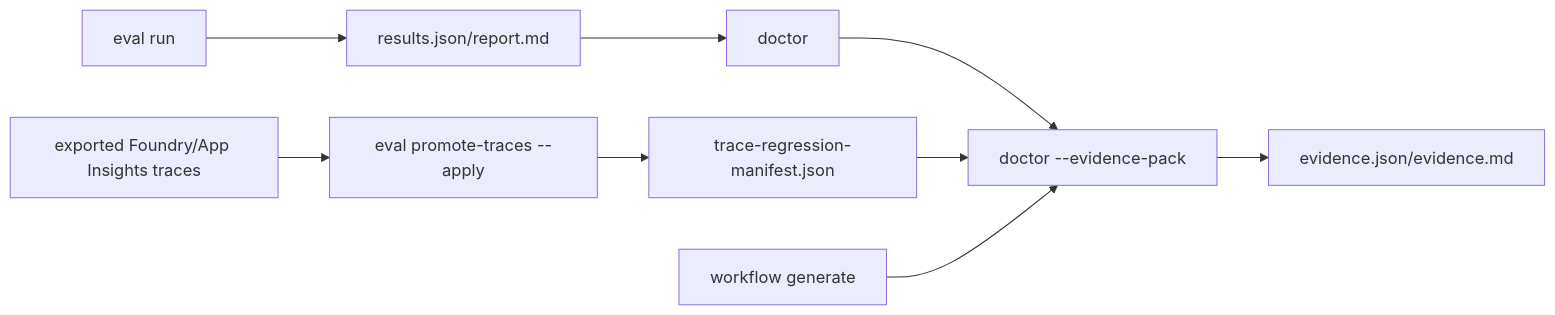
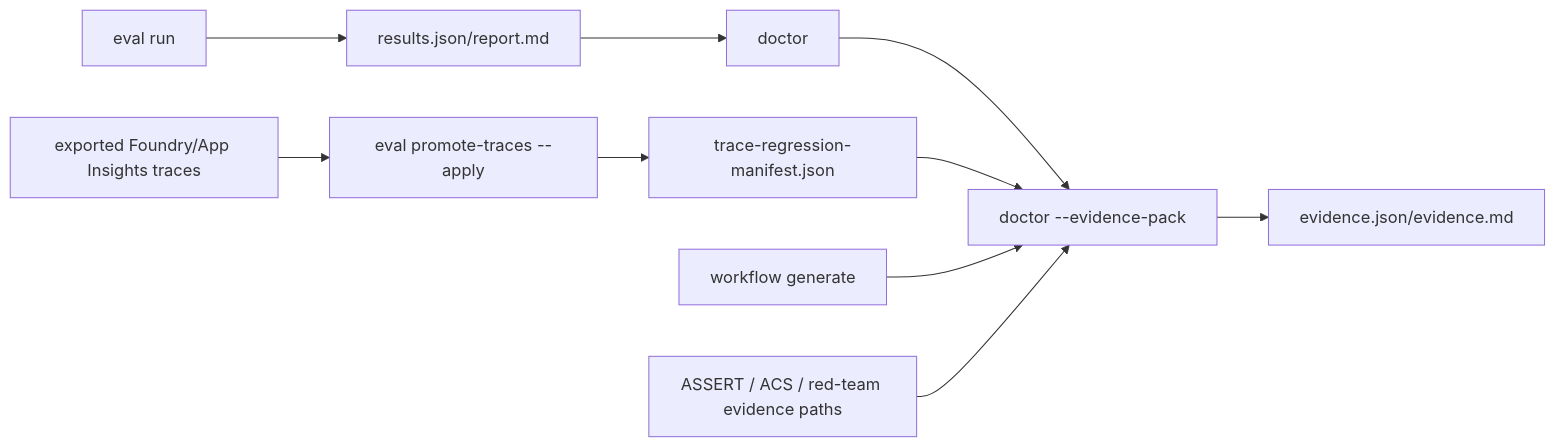
The third of 4 diagrams in docs/how-it-works.md (Azure/agentops), drawn with Mermaid before and after one commit. The commit also changed other lines of this file and 42 other files, not shown here.

````diff
--- a/docs/how-it-works.md
+++ b/docs/how-it-works.md
@@ -169,11 +172,12 @@
 ```mermaid
 flowchart LR
     E["eval run"] --> R["results.json/report.md"]
     R --> D["doctor"]
     D --> P["doctor --evidence-pack"]
     T["exported Foundry/App Insights traces"] --> PT["eval promote-traces --apply"]
     PT --> M["trace-regression-manifest.json"]
     M --> P
     W["workflow generate"] --> P
+    G["ASSERT / ACS / red-team evidence paths"] --> P
     P --> J["evidence.json/evidence.md"]
 ```
````
